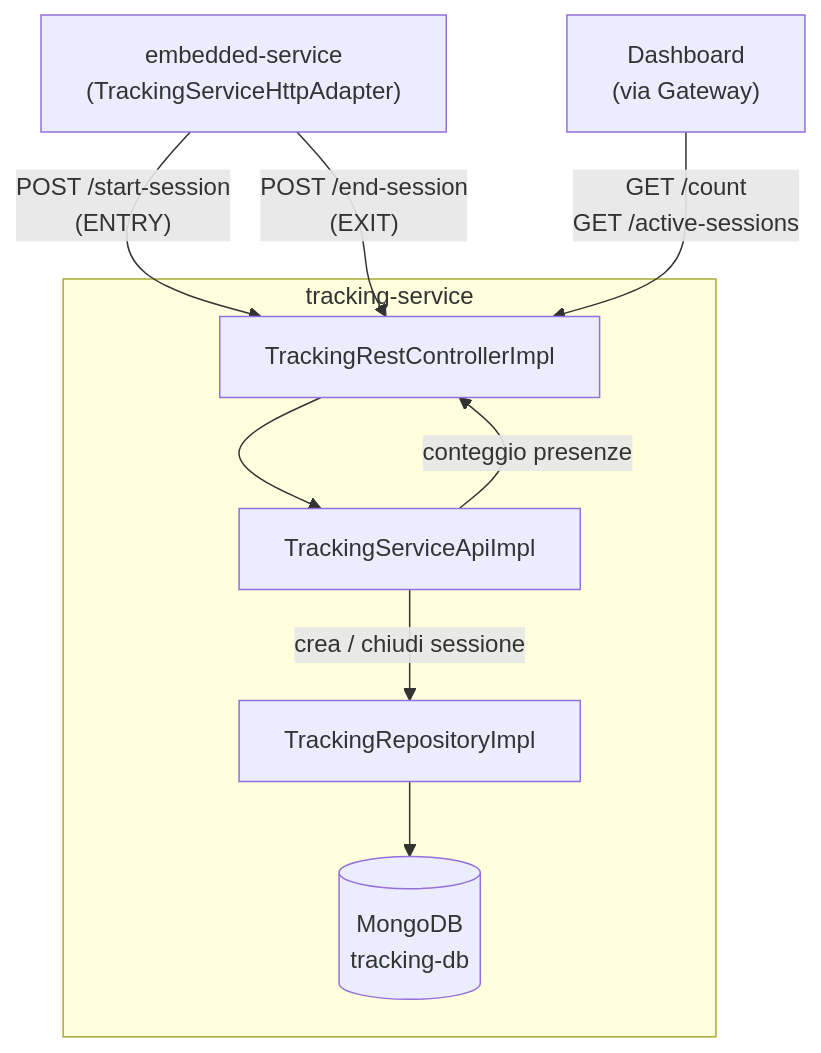
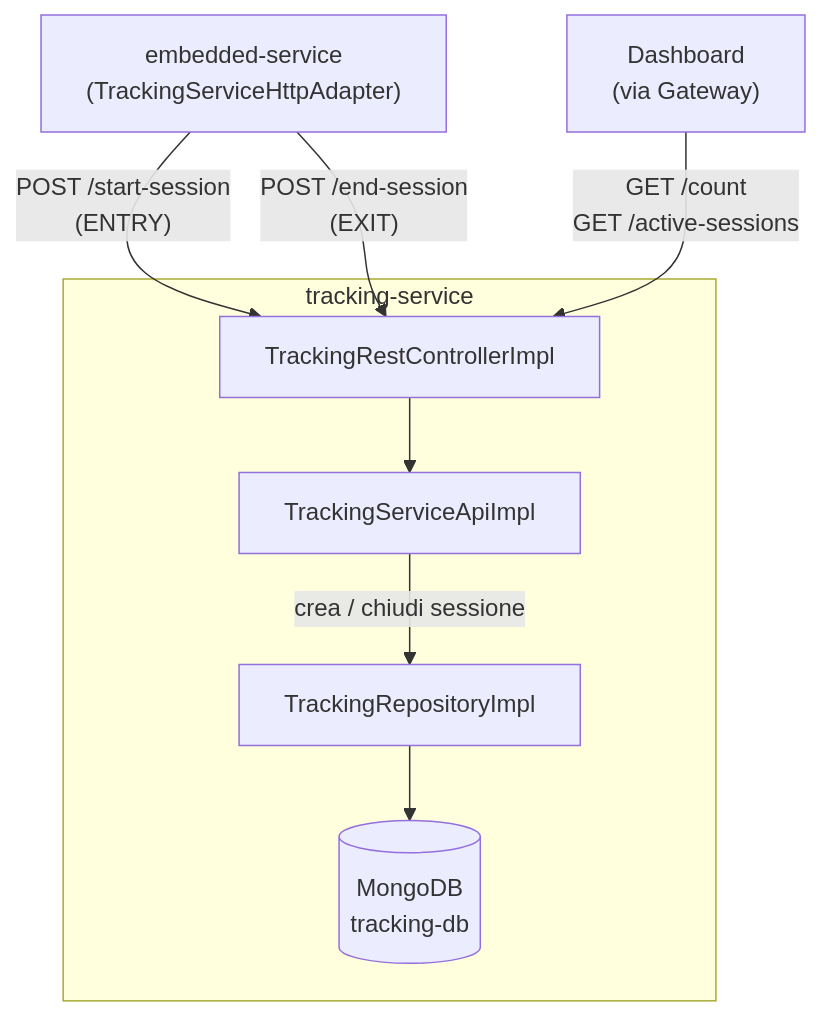
One commit to piertv21/SmartGym-Monitor changed the fifth of 10 diagrams in docs/report/Implementation.md. Above: the diagram before and after it, drawn with Mermaid. The commit also changed other lines of this file and 2 other files, not shown here.

````diff
--- a/docs/report/Implementation.md
+++ b/docs/report/Implementation.md
@@ -143,14 +143,16 @@
 ```mermaid
 flowchart TD
-    EMB["embedded-service\n(TrackingServiceHttpAdapter)"] -->|"POST /start-session\n(ENTRY)"| CTRL["TrackingRestControllerImpl"]
-    EMB -->|"POST /end-session\n(EXIT)"| CTRL
+    EMB["embedded-service\n(TrackingServiceHttpAdapter)"]
+    DASH["Dashboard\n(via Gateway)"]
 
     subgraph tracking-service
+        CTRL["TrackingRestControllerImpl"]
         CTRL --> API["TrackingServiceApiImpl"]
         API -->|"crea / chiudi sessione"| REPO["TrackingRepositoryImpl"]
         REPO --> DB[(MongoDB\ntracking-db)]
     end
 
-    DASH["Dashboard\n(via Gateway)"] -->|"GET /count\nGET /active-sessions"| CTRL
-    API -->|"conteggio presenze"| CTRL
+    EMB -->|"POST /start-session\n(ENTRY)"| CTRL
+    EMB -->|"POST /end-session\n(EXIT)"| CTRL
+    DASH -->|"GET /count\nGET /active-sessions"| CTRL
 ```
````
